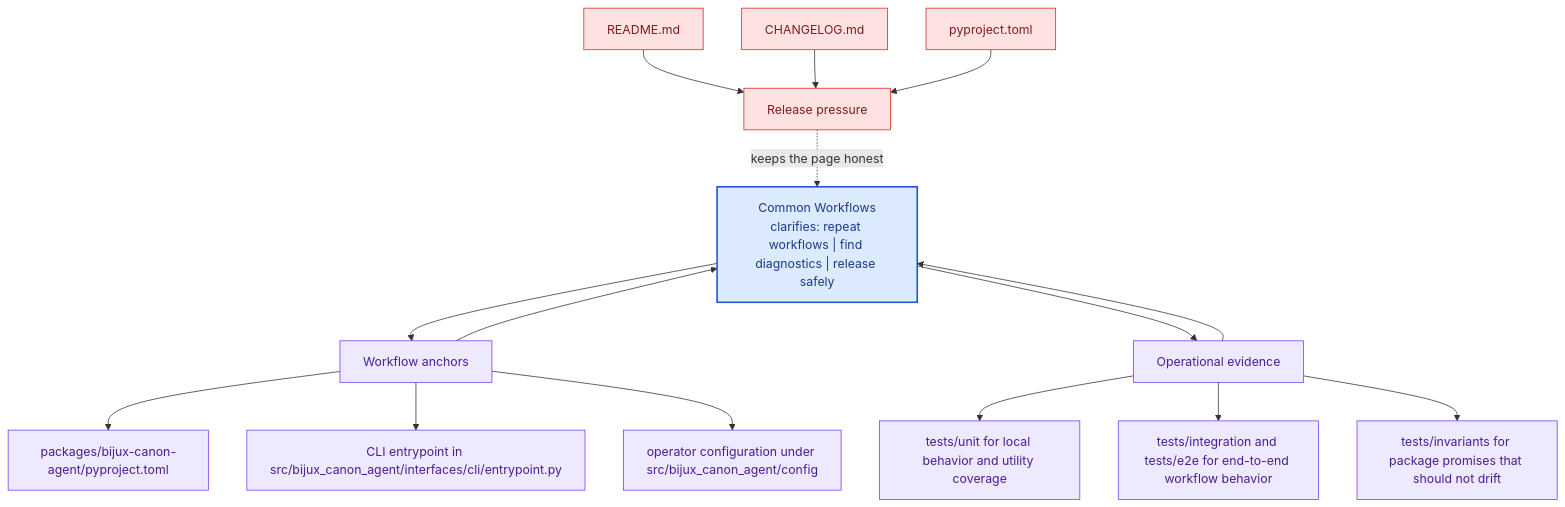
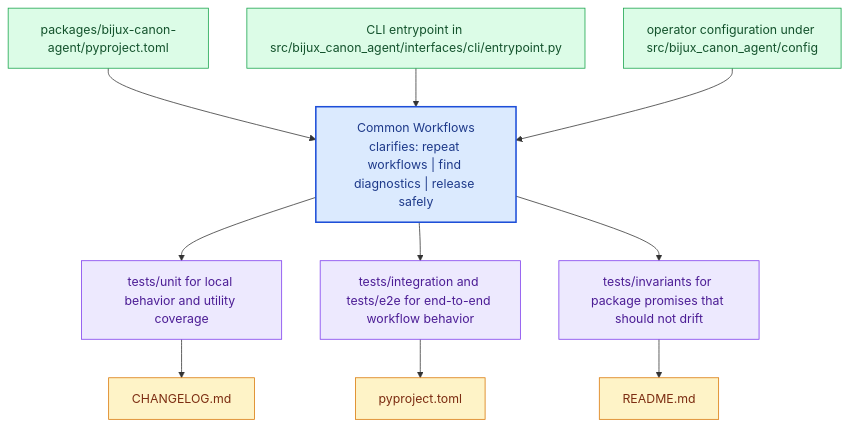
The diagram in docs/bijux-canon-agent/operations/common-workflows.md (bijux/bijux-canon), drawn with Mermaid before and after one commit. The commit also changed other lines of this file and 281 other files, not shown here.

Commit message:
docs(diagrams): replace repeated mermaid scaffolds with page-specific summaries

````diff
--- a/docs/bijux-canon-agent/operations/common-workflows.md
+++ b/docs/bijux-canon-agent/operations/common-workflows.md
@@ -67,41 +22,31 @@
 ```mermaid
 flowchart TB
-    promise["Common Workflows<br/>clarifies: repeat workflows | find diagnostics | release safely"]
-    classDef promise fill:#dbeafe,stroke:#1d4ed8,color:#1e3a8a,stroke-width:2px;
-    classDef driver fill:#dcfce7,stroke:#16a34a,color:#14532d;
-    classDef constraint fill:#fee2e2,stroke:#dc2626,color:#7f1d1d;
-    classDef ground fill:#ede9fe,stroke:#7c3aed,color:#4c1d95;
-    focus1["Workflow anchors"]
-    focus1 --> promise
-    promise --> focus1
-    focus1_1["packages/bijux-canon-agent/pyproject.toml"]
-    focus1 --> focus1_1
-    focus1_2["CLI entrypoint in src/bijux_canon_agent/interfaces/cli/entrypoint.py"]
-    focus1 --> focus1_2
-    focus1_3["operator configuration under src/bijux_canon_agent/config"]
-    focus1 --> focus1_3
-    class focus1 ground;
-    class focus1_1,focus1_2,focus1_3 ground;
-    focus2["Operational evidence"]
-    focus2 --> promise
-    promise --> focus2
-    focus2_1["tests/unit for local behavior and utility coverage"]
-    focus2 --> focus2_1
-    focus2_2["tests/integration and tests/e2e for end-to-end workflow behavior"]
-    focus2 --> focus2_2
-    focus2_3["tests/invariants for package promises that should not drift"]
-    focus2 --> focus2_3
-    class focus2 ground;
-    class focus2_1,focus2_2,focus2_3 ground;
-    focus3["Release pressure"]
-    focus3 -.keeps the page honest.-> promise
-    focus3_1["README.md"]
-    focus3_1 --> focus3
-    focus3_2["CHANGELOG.md"]
-    focus3_2 --> focus3
-    focus3_3["pyproject.toml"]
-    focus3_3 --> focus3
-    class focus3 constraint;
-    class focus3_1,focus3_2,focus3_3 constraint;
-    class promise promise;
+    page["Common Workflows<br/>clarifies: repeat workflows | find diagnostics | release safely"]
+    classDef page fill:#dbeafe,stroke:#1d4ed8,color:#1e3a8a,stroke-width:2px;
+    classDef positive fill:#dcfce7,stroke:#16a34a,color:#14532d;
+    classDef caution fill:#fee2e2,stroke:#dc2626,color:#7f1d1d;
+    classDef anchor fill:#ede9fe,stroke:#7c3aed,color:#4c1d95;
+    classDef action fill:#fef3c7,stroke:#d97706,color:#7c2d12;
+    step1["packages/bijux-canon-agent/pyproject.toml"]
+    step1 --> page
+    step2["CLI entrypoint in src/bijux_canon_agent/interfaces/cli/entrypoint.py"]
+    step2 --> page
+    step3["operator configuration under src/bijux_canon_agent/config"]
+    step3 --> page
+    run1["tests/unit for local behavior and utility coverage"]
+    page --> run1
+    run2["tests/integration and tests/e2e for end-to-end workflow behavior"]
+    page --> run2
+    run3["tests/invariants for package promises that should not drift"]
+    page --> run3
+    release1["CHANGELOG.md"]
+    run1 --> release1
+    release2["pyproject.toml"]
+    run2 --> release2
+    release3["README.md"]
+    run3 --> release3
+    class page page;
+    class step1,step2,step3 positive;
+    class run1,run2,run3 anchor;
+    class release1,release2,release3 action;
 ```
````
